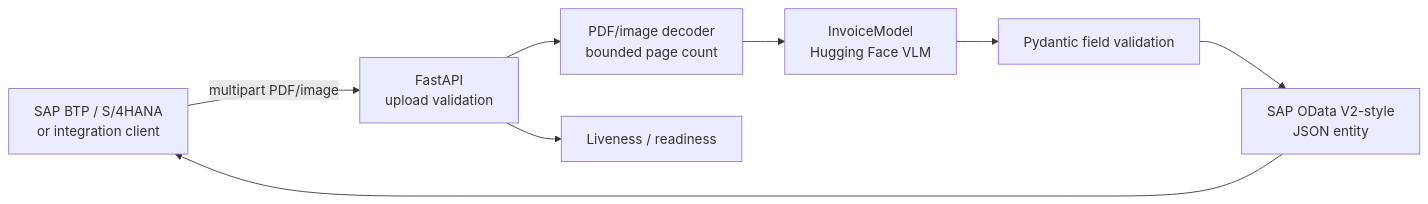
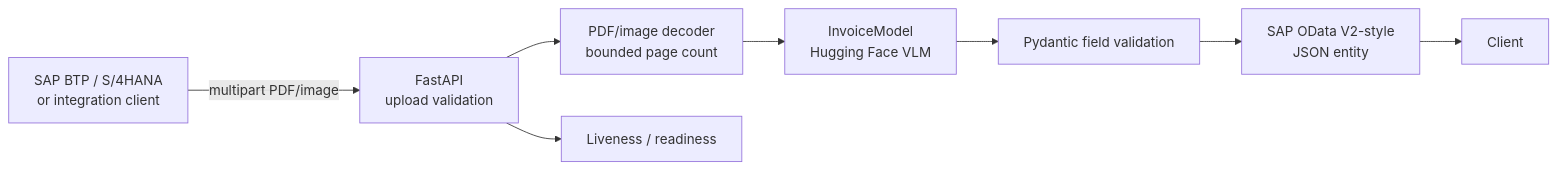
The diagram in projects/invoice-extraction-api/README.md (HarshitGaur08/HarshitGaur08), drawn with Mermaid before and after one commit. The commit also changed other lines of this file, not shown here.

````diff
--- a/projects/invoice-extraction-api/README.md
+++ b/projects/invoice-extraction-api/README.md
@@ -10,10 +8,10 @@
 ```mermaid
 flowchart LR
-    Client["SAP BTP / S/4HANA<br/>or integration client"] -->|multipart PDF/image| API["FastAPI<br/>upload validation"]
+    client["SAP BTP / S/4HANA<br/>or integration client"] -->|multipart PDF/image| API["FastAPI<br/>upload validation"]
     API --> Decode["PDF/image decoder<br/>bounded page count"]
     Decode --> Model["InvoiceModel<br/>Hugging Face VLM"]
     Model --> Validate["Pydantic field validation"]
     Validate --> OData["SAP OData V2-style<br/>JSON entity"]
     OData --> Client
     API --> Health["Liveness / readiness"]
 ```
````
